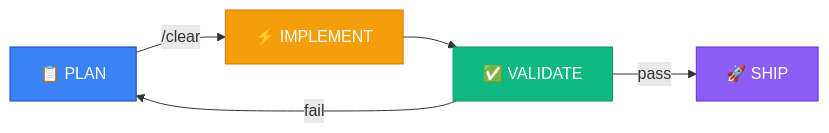
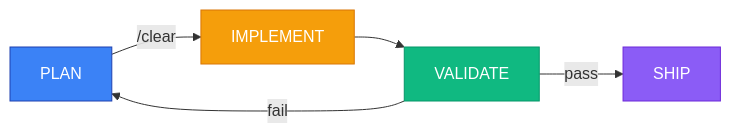
The first of 3 diagrams in README.md (pauloarthurrocha/OneManAgency), drawn with Mermaid before and after one commit. The commit also changed other lines of this file, not shown here.

Commit message:
fix: lateralize diagrams, remove emojis from mermaid labels, improve copywriting

````diff
--- a/README.md
+++ b/README.md
@@ -38,12 +42,12 @@
 ```mermaid
 graph LR
-    A["📋 PLAN"] -->|"/clear"| B["⚡ IMPLEMENT"]
-    B --> C["✅ VALIDATE"]
-    C -->|pass| D["🚀 SHIP"]
+    A["PLAN"] -->|"/clear"| B["IMPLEMENT"]
+    B --> C["VALIDATE"]
+    C -->|pass| D["SHIP"]
     C -->|fail| A
 
     style A fill:#3b82f6,stroke:#1e40af,color:#fff
     style B fill:#f59e0b,stroke:#d97706,color:#fff
     style C fill:#10b981,stroke:#059669,color:#fff
     style D fill:#8b5cf6,stroke:#6d28d9,color:#fff
 ```
````
